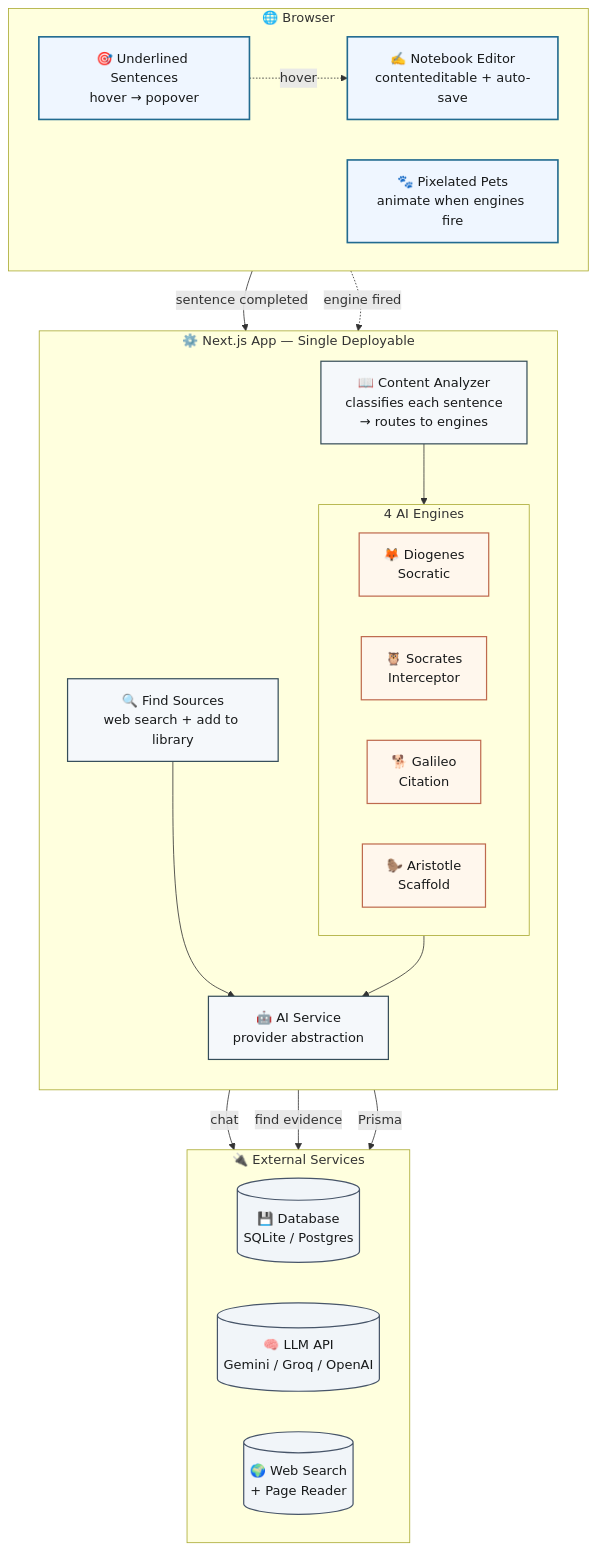
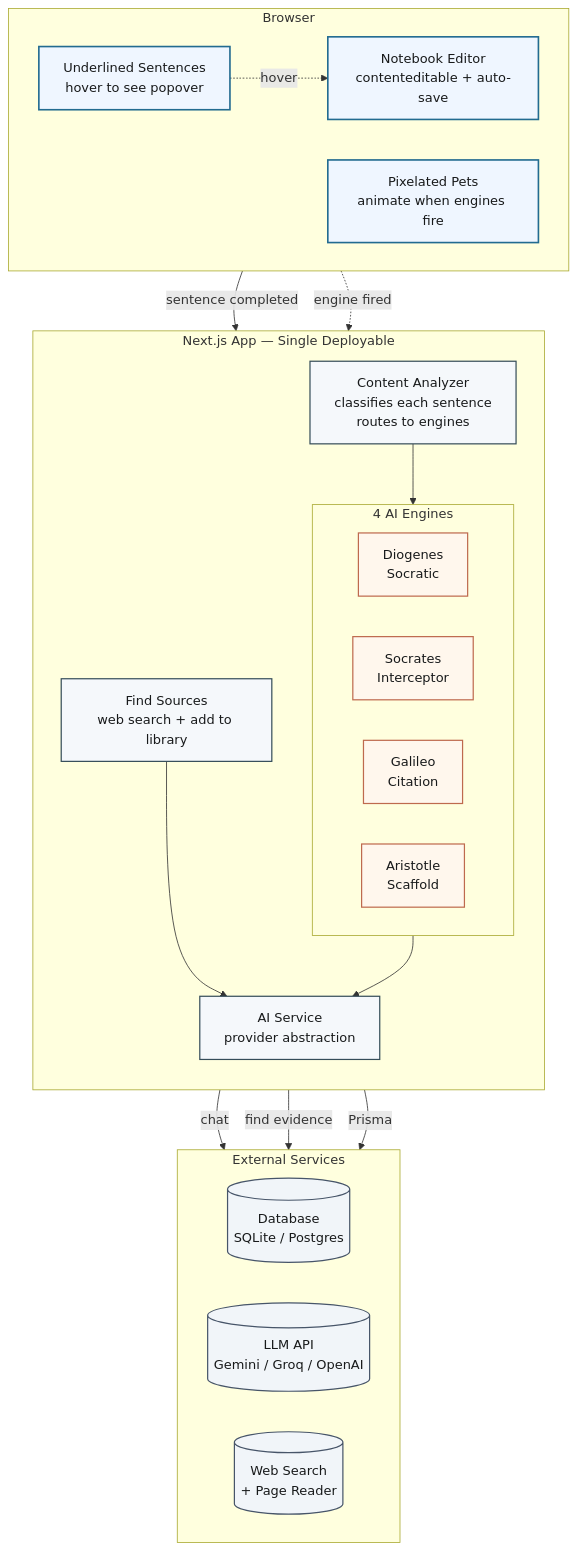
Before and after one commit to samreshan/cogdoc: the diagram in download/cogdoc/mermaid_source/02_architecture_simple.mmd, drawn with Mermaid. The commit also changed 8 other files, not shown here.

```diff
--- a/download/cogdoc/mermaid_source/02_architecture_simple.mmd
+++ b/download/cogdoc/mermaid_source/02_architecture_simple.mmd
@@ -1,59 +1,59 @@
 %% Cogdoc — Simplified System Architecture
 %% Three layers: Browser, Next.js App, External Services
 flowchart TB
     %% ── Layer 1: Browser ────────────────────────────────────────────
-    subgraph BROWSER [🌐 Browser]
+    subgraph BROWSER [Browser]
         direction LR
-        EDITOR[✍️ Notebook Editor<br/>contenteditable + auto-save]
-        UNDERLINE[🎯 Underlined Sentences<br/>hover → popover]
-        PETS[🐾 Pixelated Pets<br/>animate when engines fire]
+        EDITOR[Notebook Editor<br/>contenteditable + auto-save]
+        UNDERLINE[Underlined Sentences<br/>hover to see popover]
+        PETS[Pixelated Pets<br/>animate when engines fire]
     end
 
     %% ── Layer 2: Next.js App (the monolith) ────────────────────────
-    subgraph APP [⚙️ Next.js App — Single Deployable]
+    subgraph APP [Next.js App — Single Deployable]
         direction TB
 
         subgraph ENGINES [4 AI Engines]
             direction LR
-            SOC[🦊 Diogenes<br/>Socratic]
-            INT[🦉 Socrates<br/>Interceptor]
-            CIT[🐕 Galileo<br/>Citation]
-            SCAF[🦫 Aristotle<br/>Scaffold]
+            SOC[Diogenes<br/>Socratic]
+            INT[Socrates<br/>Interceptor]
+            CIT[Galileo<br/>Citation]
+            SCAF[Aristotle<br/>Scaffold]
         end
 
-        ANALYZER[📖 Content Analyzer<br/>classifies each sentence<br/>→ routes to engines]
-        SEARCH[🔍 Find Sources<br/>web search + add to library]
-        AISERVICE[🤖 AI Service<br/>provider abstraction]
+        ANALYZER[Content Analyzer<br/>classifies each sentence<br/>routes to engines]
+        SEARCH[Find Sources<br/>web search + add to library]
+        AISERVICE[AI Service<br/>provider abstraction]
 
         ANALYZER --> ENGINES
         ENGINES --> AISERVICE
         SEARCH --> AISERVICE
     end
 
     %% ── Layer 3: External Services ─────────────────────────────────
-    subgraph EXTERNAL [🔌 External Services]
+    subgraph EXTERNAL [External Services]
         direction LR
-        DB[(💾 Database<br/>SQLite / Postgres)]
-        LLM[(🧠 LLM API<br/>Gemini / Groq / OpenAI)]
-        WEB[(🌍 Web Search<br/>+ Page Reader)]
+        DB[(Database<br/>SQLite / Postgres)]
+        LLM[(LLM API<br/>Gemini / Groq / OpenAI)]
+        WEB[(Web Search<br/>+ Page Reader)]
     end
 
     %% ── Connections (kept minimal) ─────────────────────────────────
     EDITOR -->|sentence completed| ANALYZER
     PETS -.->|engine fired| ENGINES
     UNDERLINE -.->|hover| EDITOR
 
     APP -->|Prisma| DB
     AISERVICE -->|chat| LLM
     SEARCH -->|find evidence| WEB
 
     %% ── Styling ────────────────────────────────────────────────────
     classDef browser fill:#EFF6FF,stroke:#226b90,stroke-width:2px,color:#181a1b
     classDef engine fill:#FFF7ED,stroke:#be6a4e,stroke-width:1.5px,color:#181a1b
     classDef app fill:#f5f8fb,stroke:#354d59,stroke-width:1.5px,color:#181a1b
     classDef external fill:#f1f5f9,stroke:#475569,stroke-width:1.5px,color:#181a1b
 
     class EDITOR,UNDERLINE,PETS browser
     class SOC,INT,CIT,SCAF engine
     class ANALYZER,SEARCH,AISERVICE app
     class DB,LLM,WEB external
```
